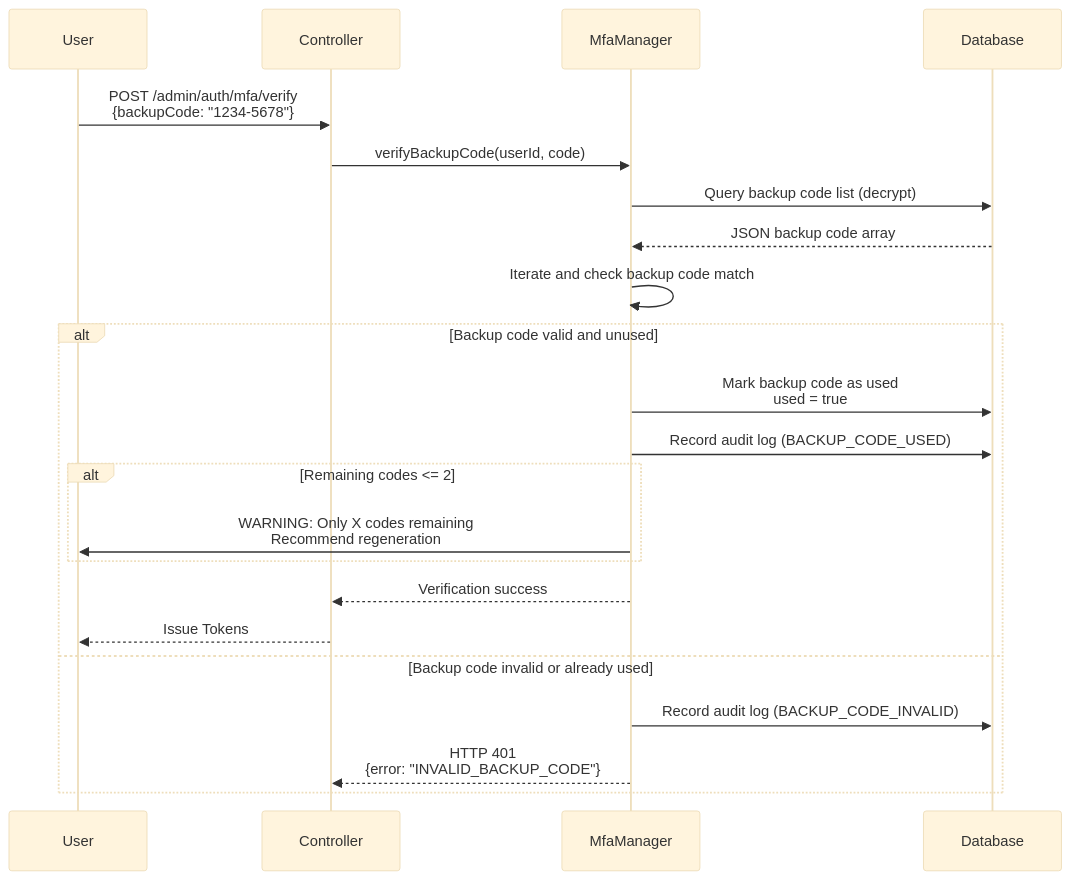
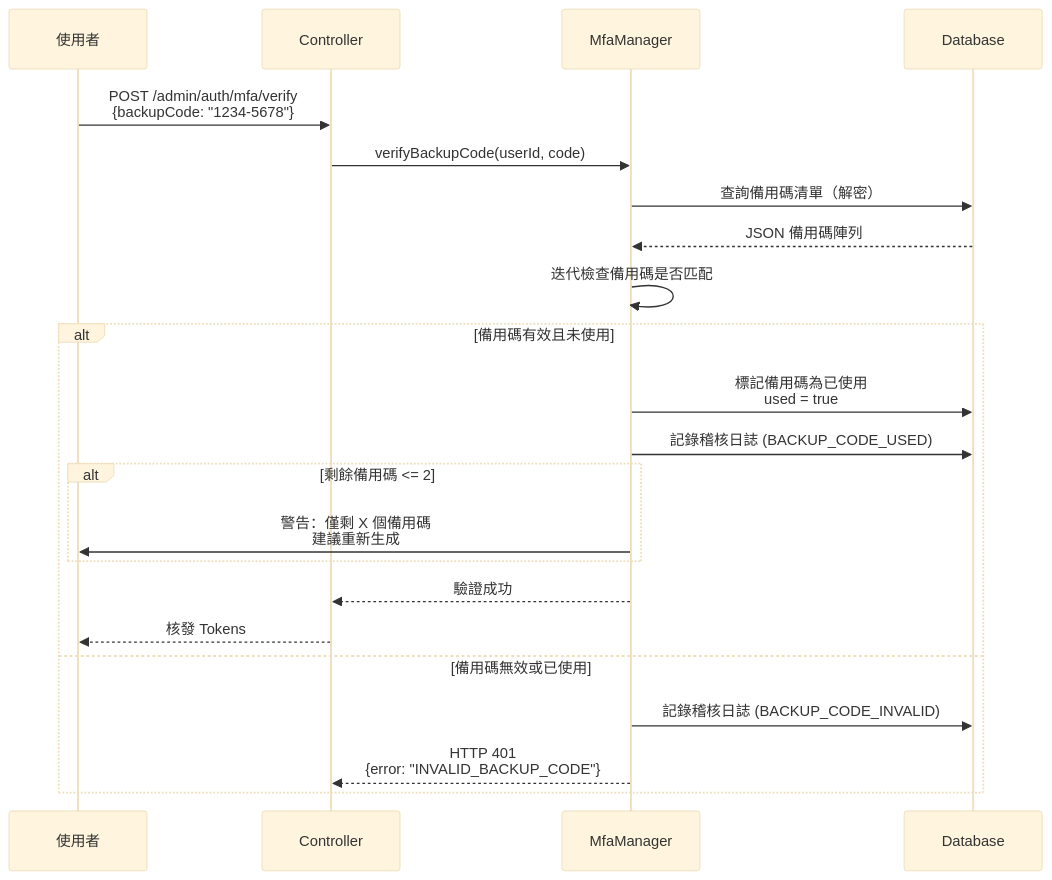
One commit to ron03wlb/smart-admin changed the fourth of 5 diagrams in docs/iGaming/architecture/06_Platform_Core/MFA_Technical.md. Above: the diagram before and after it, drawn with Mermaid (base theme). The commit also changed other lines of this file and 4 other files, not shown here.

````diff
--- a/docs/iGaming/architecture/06_Platform_Core/MFA_Technical.md
+++ b/docs/iGaming/architecture/06_Platform_Core/MFA_Technical.md
@@ -642,29 +642,29 @@
 ```mermaid
 sequenceDiagram
-    participant U as User
+    participant U as 使用者
     participant C as Controller
     participant M as MfaManager
     participant D as Database
 
     U->>C: POST /admin/auth/mfa/verify<br/>{backupCode: "1234-5678"}
     C->>M: verifyBackupCode(userId, code)
-    M->>D: Query backup code list (decrypt)
-    D-->>M: JSON backup code array
+    M->>D: 查詢備用碼清單（解密）
+    D-->>M: JSON 備用碼陣列
 
-    M->>M: Iterate and check backup code match
+    M->>M: 迭代檢查備用碼是否匹配
 
-    alt Backup code valid and unused
-        M->>D: Mark backup code as used<br/>used = true
-        M->>D: Record audit log (BACKUP_CODE_USED)
+    alt 備用碼有效且未使用
+        M->>D: 標記備用碼為已使用<br/>used = true
+        M->>D: 記錄稽核日誌 (BACKUP_CODE_USED)
 
-        alt Remaining codes <= 2
-            M->>U: WARNING: Only X codes remaining<br/>Recommend regeneration
+        alt 剩餘備用碼 <= 2
+            M->>U: 警告：僅剩 X 個備用碼<br/>建議重新生成
         end
 
-        M-->>C: Verification success
-        C-->>U: Issue Tokens
-    else Backup code invalid or already used
-        M->>D: Record audit log (BACKUP_CODE_INVALID)
+        M-->>C: 驗證成功
+        C-->>U: 核發 Tokens
+    else 備用碼無效或已使用
+        M->>D: 記錄稽核日誌 (BACKUP_CODE_INVALID)
         M-->>C: HTTP 401<br/>{error: "INVALID_BACKUP_CODE"}
     end
 ```
````
